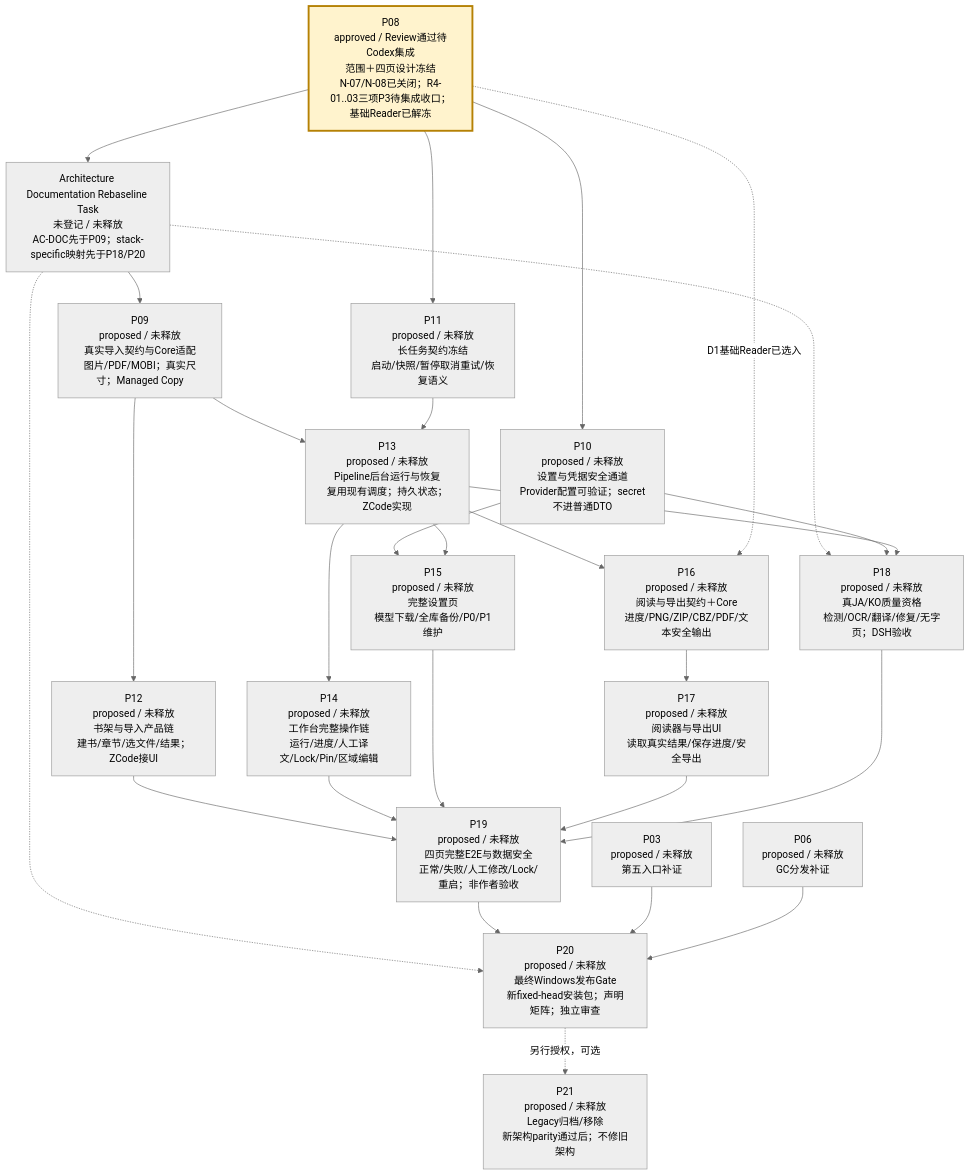
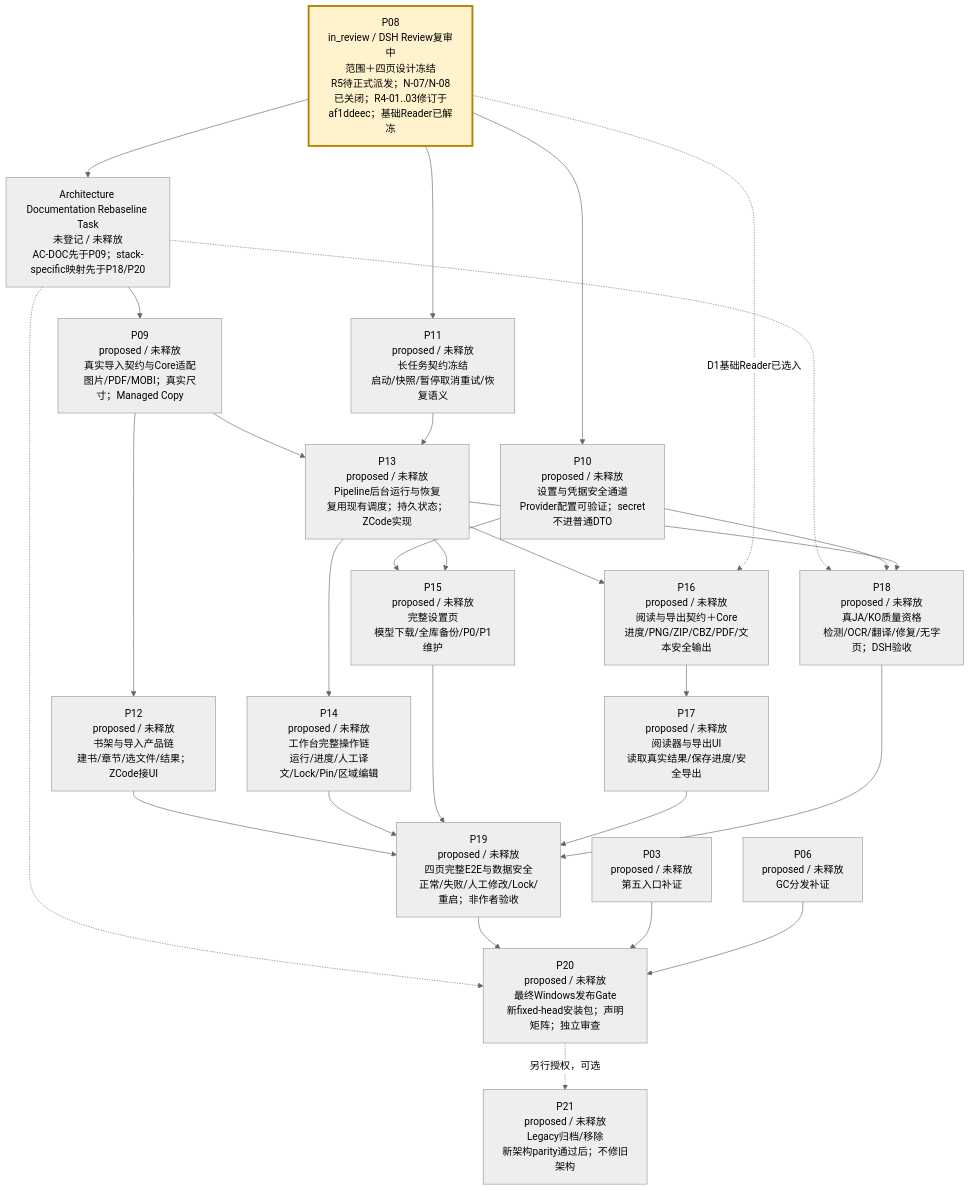
The third of 4 diagrams in verification/PROJECT-ROADMAP-20261008/ROADMAP.md (peakwheat-pixel/New-Manga), drawn with Mermaid (neutral theme) before and after one commit. The commit also changed other lines of this file and 12 other files, not shown here.

````diff
--- a/verification/PROJECT-ROADMAP-20261008/ROADMAP.md
+++ b/verification/PROJECT-ROADMAP-20261008/ROADMAP.md
@@ -47,30 +47,30 @@
 ```mermaid
 flowchart TB
-  P08["P08<br/>approved / Review通过待Codex集成<br/>范围＋四页设计冻结<br/>N-07/N-08已关闭；R4-01..03三项P3待集成收口；基础Reader已解冻"] --> ARCHDOC["Architecture Documentation Rebaseline Task<br/>未登记 / 未释放<br/>AC-DOC先于P09；stack-specific映射先于P18/P20"]
+  P08["P08<br/>in_review / DSH Review复审中<br/>范围＋四页设计冻结<br/>R5待正式派发；N-07/N-08已关闭；R4-01..03修订于af1ddeec；基础Reader已解冻"] --> ARCHDOC["Architecture Documentation Rebaseline Task<br/>未登记 / 未释放<br/>AC-DOC先于P09；stack-specific映射先于P18/P20"]
   ARCHDOC --> P09["P09<br/>proposed / 未释放<br/>真实导入契约与Core适配<br/>图片/PDF/MOBI；真实尺寸；Managed Copy"]
   ARCHDOC -.-> P18
   ARCHDOC -.-> P20
   P08 --> P10["P10<br/>proposed / 未释放<br/>设置与凭据安全通道<br/>Provider配置可验证；secret不进普通DTO"]
   P08 --> P11["P11<br/>proposed / 未释放<br/>长任务契约冻结<br/>启动/快照/暂停取消重试/恢复语义"]
   P09 --> P12["P12<br/>proposed / 未释放<br/>书架与导入产品链<br/>建书/章节/选文件/结果；ZCode接UI"]
   P09 --> P13["P13<br/>proposed / 未释放<br/>Pipeline后台运行与恢复<br/>复用现有调度；持久状态；ZCode实现"]
   P11 --> P13
   P13 --> P14["P14<br/>proposed / 未释放<br/>工作台完整操作链<br/>运行/进度/人工译文/Lock/Pin/区域编辑"]
   P10 --> P15["P15<br/>proposed / 未释放<br/>完整设置页<br/>模型下载/全库备份/P0/P1维护"]
   P13 --> P15
   P13 --> P16["P16<br/>proposed / 未释放<br/>阅读与导出契约＋Core<br/>进度/PNG/ZIP/CBZ/PDF/文本安全输出"]
   P08 -. "D1基础Reader已选入" .-> P16
   P16 --> P17["P17<br/>proposed / 未释放<br/>阅读器与导出UI<br/>读取真实结果/保存进度/安全导出"]
   P10 --> P18["P18<br/>proposed / 未释放<br/>真JA/KO质量资格<br/>检测/OCR/翻译/修复/无字页；DSH验收"]
   P13 --> P18
   P12 --> P19["P19<br/>proposed / 未释放<br/>四页完整E2E与数据安全<br/>正常/失败/人工修改/Lock/重启；非作者验收"]
   P14 --> P19
   P15 --> P19
   P17 --> P19
   P18 --> P19
   P19 --> P20["P20<br/>proposed / 未释放<br/>最终Windows发布Gate<br/>新fixed-head安装包；声明矩阵；独立审查"]
   P03["P03<br/>proposed / 未释放<br/>第五入口补证"] --> P20
   P06["P06<br/>proposed / 未释放<br/>GC分发补证"] --> P20
   P20 -. "另行授权，可选" .-> P21["P21<br/>proposed / 未释放<br/>Legacy归档/移除<br/>新架构parity通过后；不修旧架构"]
   style P08 fill:#fff3cd,stroke:#b58105,stroke-width:3px
 ```
````
